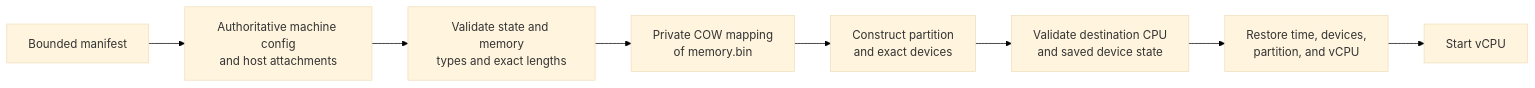
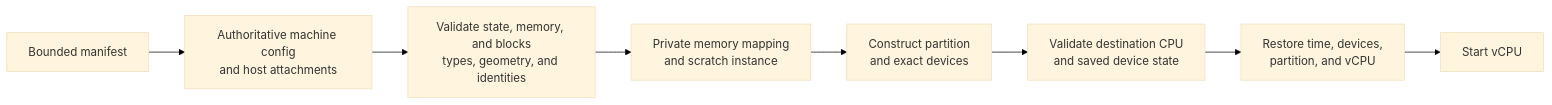
One commit to microsoft/nvx changed the seventh of 7 diagrams in doc/design.md. Above: the diagram before and after it, drawn with Mermaid. The commit also changed other lines of this file and 3 other files, not shown here.

````diff
--- a/doc/design.md
+++ b/doc/design.md
@@ -555,14 +603,14 @@
 ```mermaid
 %%{init: {"theme": "base", "themeVariables": {"background": "#ffffff"}}}%%
 flowchart LR
    Manifest["Bounded manifest"]
    Config["Authoritative machine config<br/>and host attachments"]
-   Verify["Validate state and memory<br/>types and exact lengths"]
-   Cow["Private COW mapping<br/>of memory.bin"]
+   Verify["Validate state, memory, and blocks<br/>types, geometry, and identities"]
+   Cow["Private memory mapping<br/>and scratch instance"]
    Machine["Construct partition<br/>and exact devices"]
    Validate["Validate destination CPU<br/>and saved device state"]
    Restore["Restore time, devices,<br/>partition, and vCPU"]
    Run["Start vCPU"]
 
    Manifest --> Config --> Verify --> Cow --> Machine --> Validate --> Restore --> Run
 ```
````
